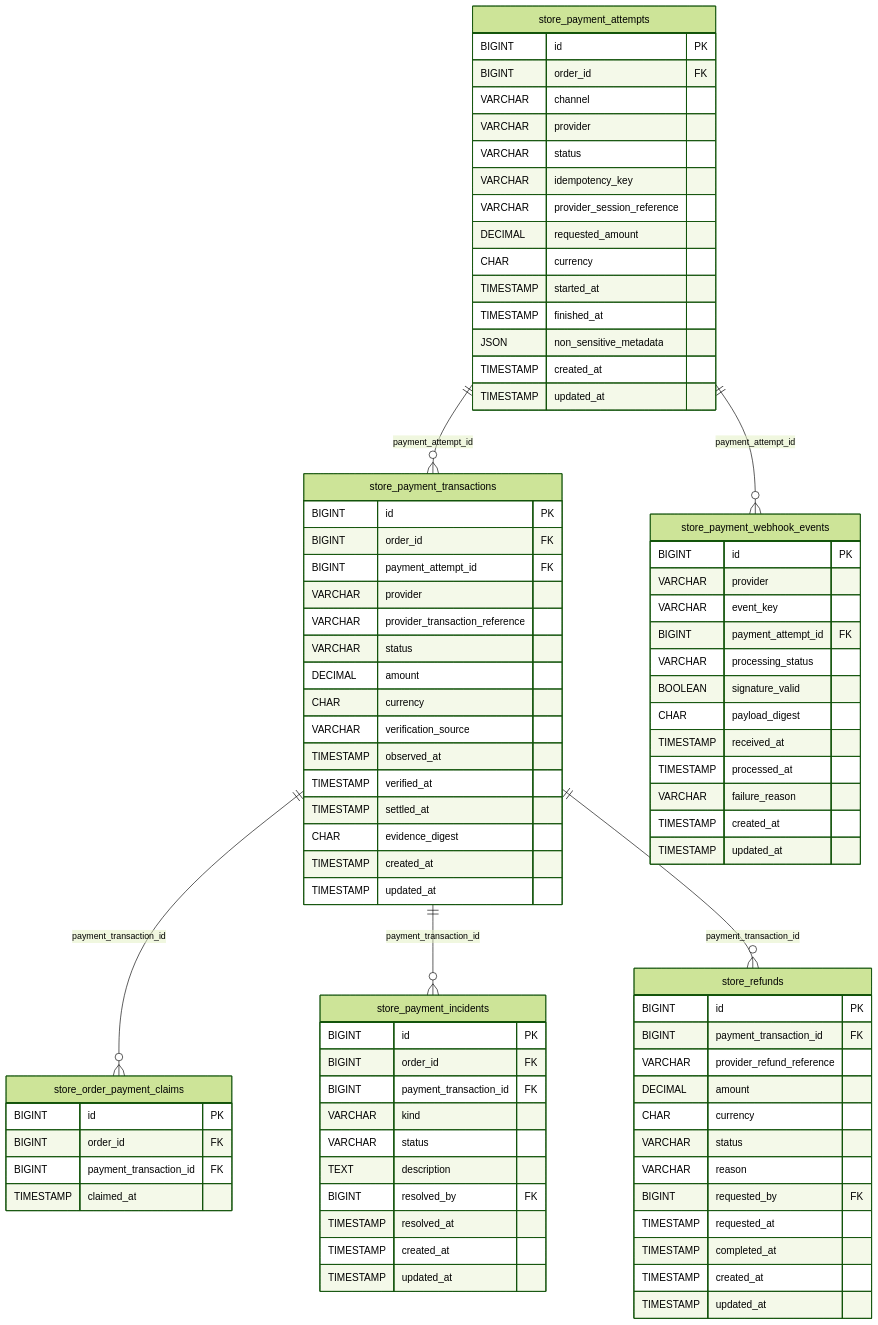
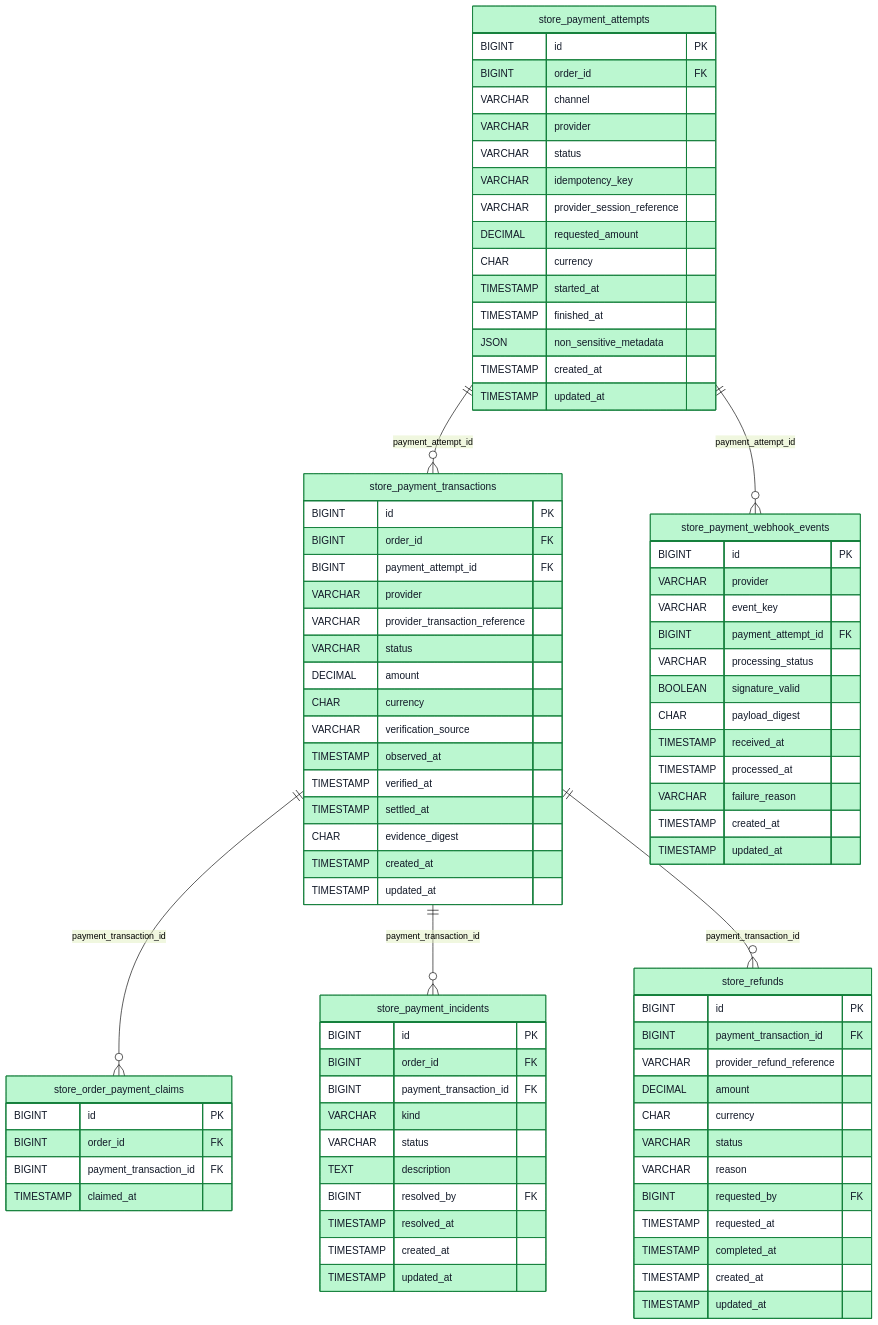
Before and after one commit to JIMMY1012102/UNDC-Pagos-Posgrado: the diagram in docs/modelo-datos/pagos.md, drawn with Mermaid (forest theme).

Commit message:
docs(db): paleta funcional para diagrama pagos

````diff
--- a/docs/modelo-datos/pagos.md
+++ b/docs/modelo-datos/pagos.md
@@ -86,4 +86,10 @@
   store_payment_attempts ||--o{ store_payment_webhook_events : "payment_attempt_id"
   store_payment_transactions ||--o{ store_payment_incidents : "payment_transaction_id"
   store_payment_transactions ||--o{ store_refunds : "payment_transaction_id"
+  style store_payment_attempts fill:#BBF7D0,stroke:#15803D,color:#111827
+  style store_payment_transactions fill:#BBF7D0,stroke:#15803D,color:#111827
+  style store_order_payment_claims fill:#BBF7D0,stroke:#15803D,color:#111827
+  style store_payment_webhook_events fill:#BBF7D0,stroke:#15803D,color:#111827
+  style store_payment_incidents fill:#BBF7D0,stroke:#15803D,color:#111827
+  style store_refunds fill:#BBF7D0,stroke:#15803D,color:#111827
 ```
````
